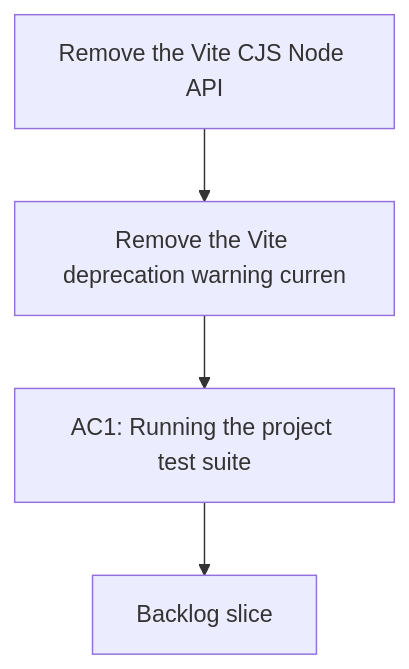
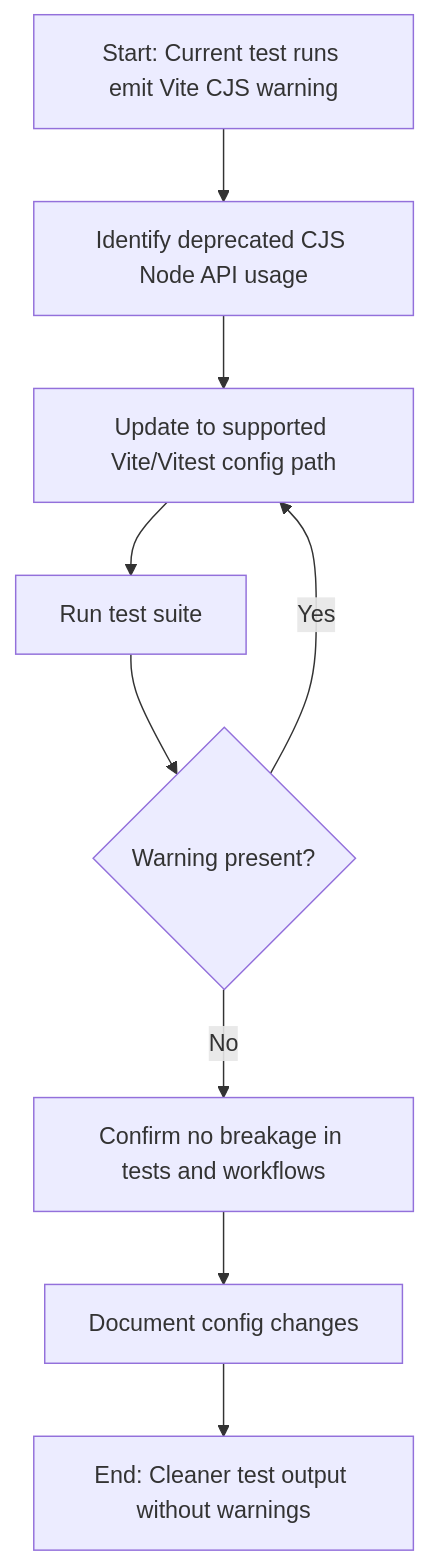
One commit to AlexAgo83/logics-manager changed the diagram in logics/request/req_034_remove_vite_cjs_node_api_deprecation_warning_from_test_runs.md. Above: the diagram before and after it, drawn with Mermaid. The commit also changed 50 other files, not shown here.

````diff
--- a/logics/request/req_034_remove_vite_cjs_node_api_deprecation_warning_from_test_runs.md
+++ b/logics/request/req_034_remove_vite_cjs_node_api_deprecation_warning_from_test_runs.md
@@ -10,8 +10,13 @@
 ```mermaid
 %% logics-kind: request
 %% logics-signature: request|remove-the-vite-cjs-node-api-deprecation|remove-the-vite-deprecation-warning-curr|ac1-running-the-project-test-suite
 flowchart TD
-    Trigger[Remove the Vite CJS Node API] --> Need[Remove the Vite deprecation warning curren]
-    Need --> Outcome[AC1: Running the project test suite]
-    Outcome --> Backlog[Backlog slice]
+    A[Start: Current test runs emit Vite CJS warning] --> B[Identify deprecated CJS Node API usage]
+    B --> C[Update to supported Vite/Vitest config path]
+    C --> D[Run test suite]
+    D --> E{Warning present?}
+    E -- No --> F[Confirm no breakage in tests and workflows]
+    F --> G[Document config changes]
+    G --> H[End: Cleaner test output without warnings]
+    E -- Yes --> C
 ```
````
